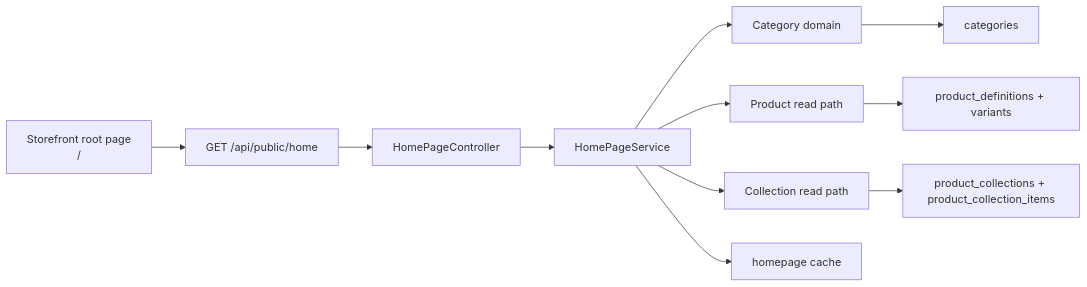
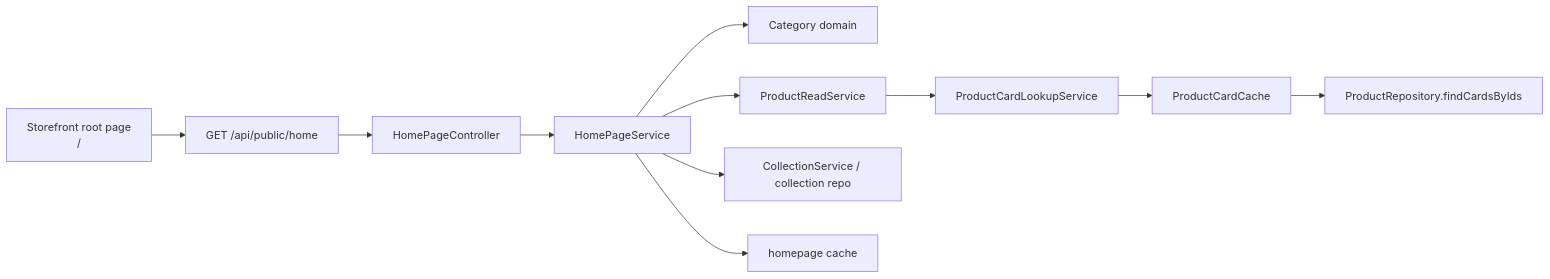
One commit to mohammadAlhajeen/bun_commerce-public changed the first of 9 diagrams in documentation/13-homepage-uml.md. Above: the diagram before and after it, drawn with Mermaid. The commit also changed other lines of this file and 29 other files, not shown here.

````diff
--- a/documentation/13-homepage-uml.md
+++ b/documentation/13-homepage-uml.md
@@ -5,15 +5,15 @@
 ```mermaid
 flowchart LR
     Frontend["Storefront root page\n/"] --> Api["GET /api/public/home"]
     Api --> HomeController["HomePageController"]
     HomeController --> HomeService["HomePageService"]
 
     HomeService --> CategoryDomain["Category domain"]
-    HomeService --> ProductDomain["Product read path"]
-    HomeService --> CollectionDomain["Collection read path"]
+    HomeService --> ProductRead["ProductReadService"]
+    HomeService --> CollectionDomain["CollectionService / collection repo"]
     HomeService --> HomepageCache["homepage cache"]
 
-    ProductDomain --> ProductTables["product_definitions + variants"]
-    CollectionDomain --> CollectionTables["product_collections + product_collection_items"]
-    CategoryDomain --> CategoryTables["categories"]
+    ProductRead --> CardLookup["ProductCardLookupService"]
+    CardLookup --> CardCache["ProductCardCache"]
+    CardCache --> ProductRepo["ProductRepository.findCardsByIds"]
 ```
````
